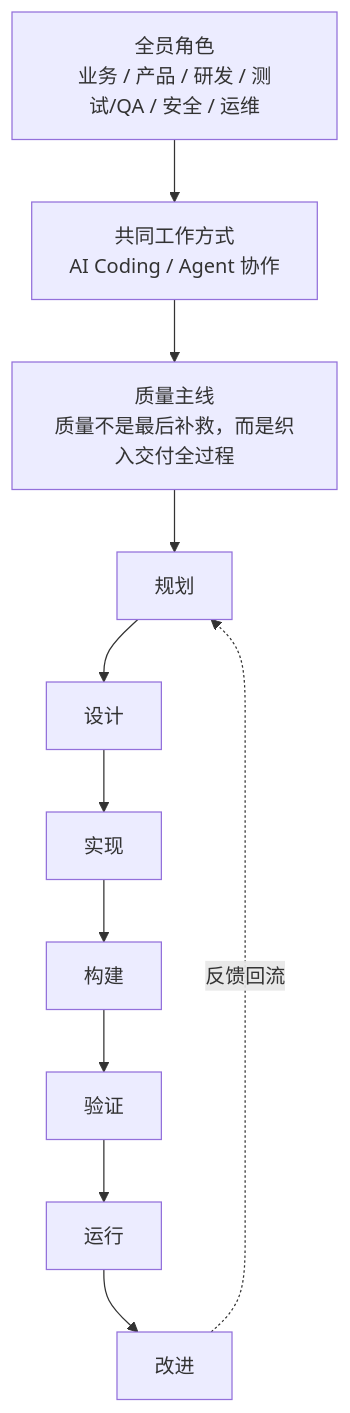
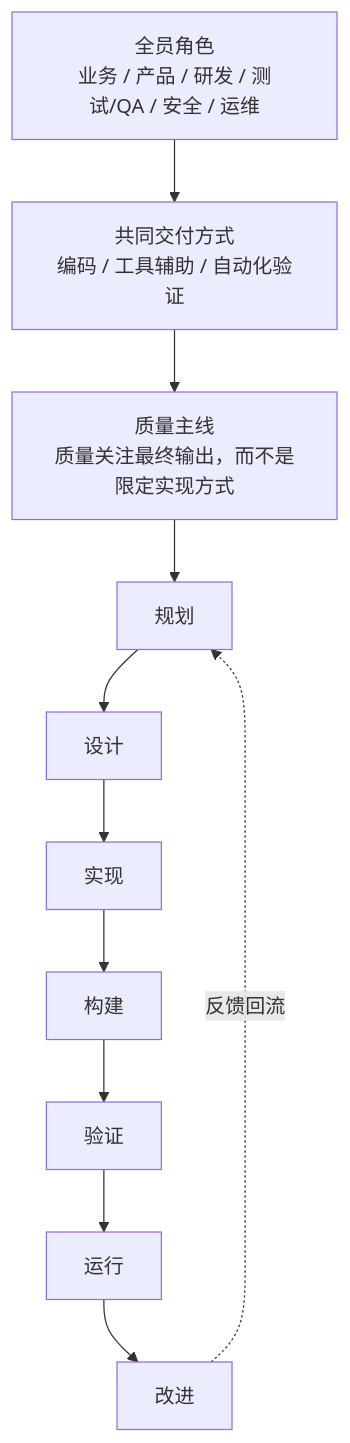
One commit to flowrium/flowrium-quality changed the first of 2 diagrams in quality-system/README.md. Above: the diagram before and after it, drawn with Mermaid. The commit also changed other lines of this file and 16 other files, not shown here.

````diff
--- a/quality-system/README.md
+++ b/quality-system/README.md
@@ -11,17 +11,17 @@
 ```mermaid
 flowchart TB
   TEAM["全员角色<br/>业务 / 产品 / 研发 / 测试/QA / 安全 / 运维"]
-  AI["共同工作方式<br/>AI Coding / Agent 协作"]
-  QUALITY["质量主线<br/>质量不是最后补救，而是织入交付全过程"]
+  DELIVERY["共同交付方式<br/>编码 / 工具辅助 / 自动化验证"]
+  QUALITY["质量主线<br/>质量关注最终输出，而不是限定实现方式"]
 
-  TEAM --> AI --> QUALITY
+  TEAM --> DELIVERY --> QUALITY
 
   QUALITY --> PLAN[规划]
   PLAN --> DESIGN[设计]
   DESIGN --> IMPLEMENT[实现]
   IMPLEMENT --> BUILD[构建]
   BUILD --> VERIFY[验证]
   VERIFY --> OPERATE[运行]
   OPERATE --> IMPROVE[改进]
   IMPROVE -. 反馈回流 .-> PLAN
 ```
````
